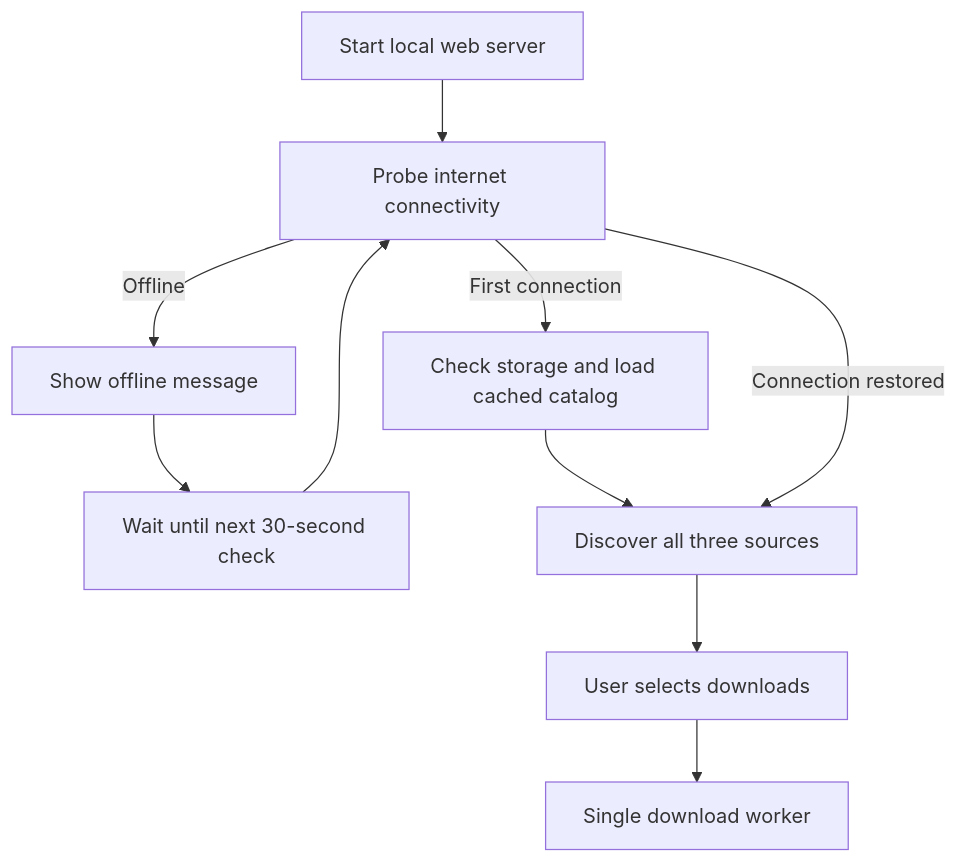
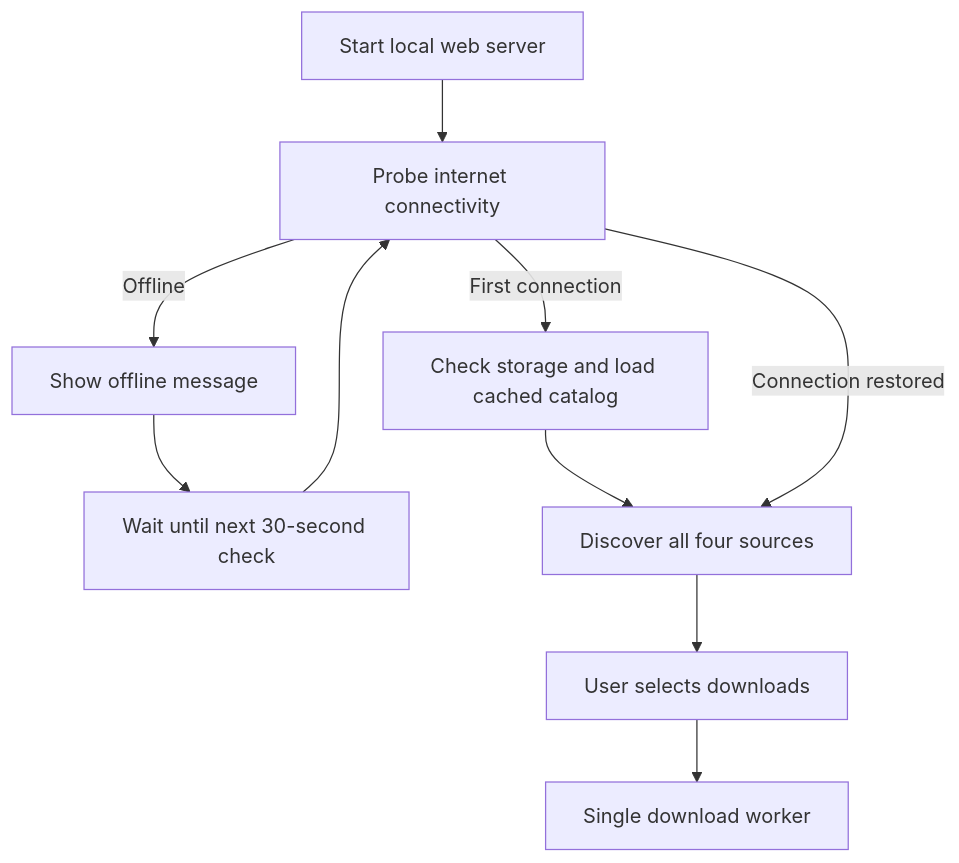
The diagram in setup_library/files/containers/data_download/docs/DEVELOPMENT.md (holly-the-dude/Library-Creator), drawn with Mermaid before and after one commit. The commit also changed other lines of this file and 17 other files, not shown here.

````diff
--- a/setup_library/files/containers/data_download/docs/DEVELOPMENT.md
+++ b/setup_library/files/containers/data_download/docs/DEVELOPMENT.md
@@ -31,12 +32,12 @@
 ```mermaid
 flowchart TD
     Start[Start local web server] --> Check[Probe internet connectivity]
     Check -->|Offline| Offline[Show offline message]
     Offline --> Wait[Wait until next 30-second check]
     Wait --> Check
     Check -->|First connection| Init[Check storage and load cached catalog]
-    Init --> Scan[Discover all three sources]
+    Init --> Scan[Discover all four sources]
     Check -->|Connection restored| Scan
     Scan --> Ready[User selects downloads]
     Ready --> Queue[Single download worker]
 ```
````
